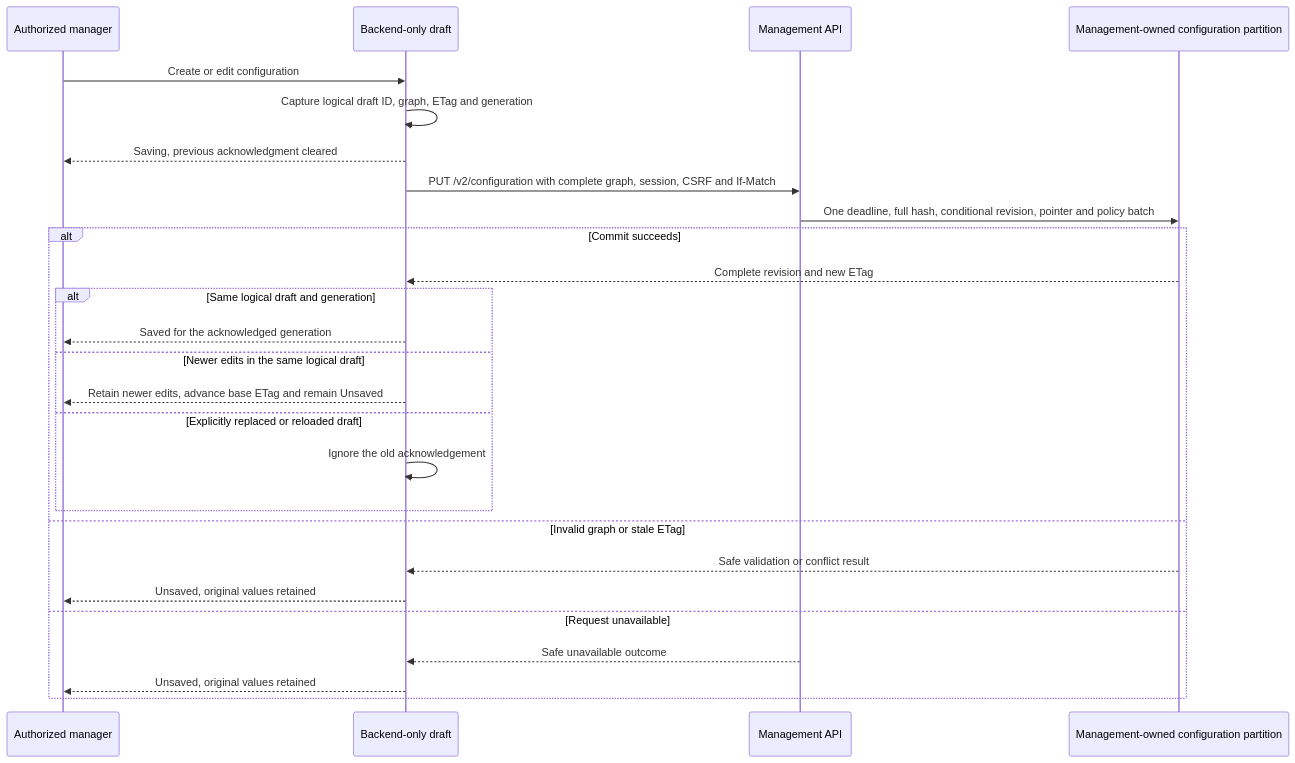
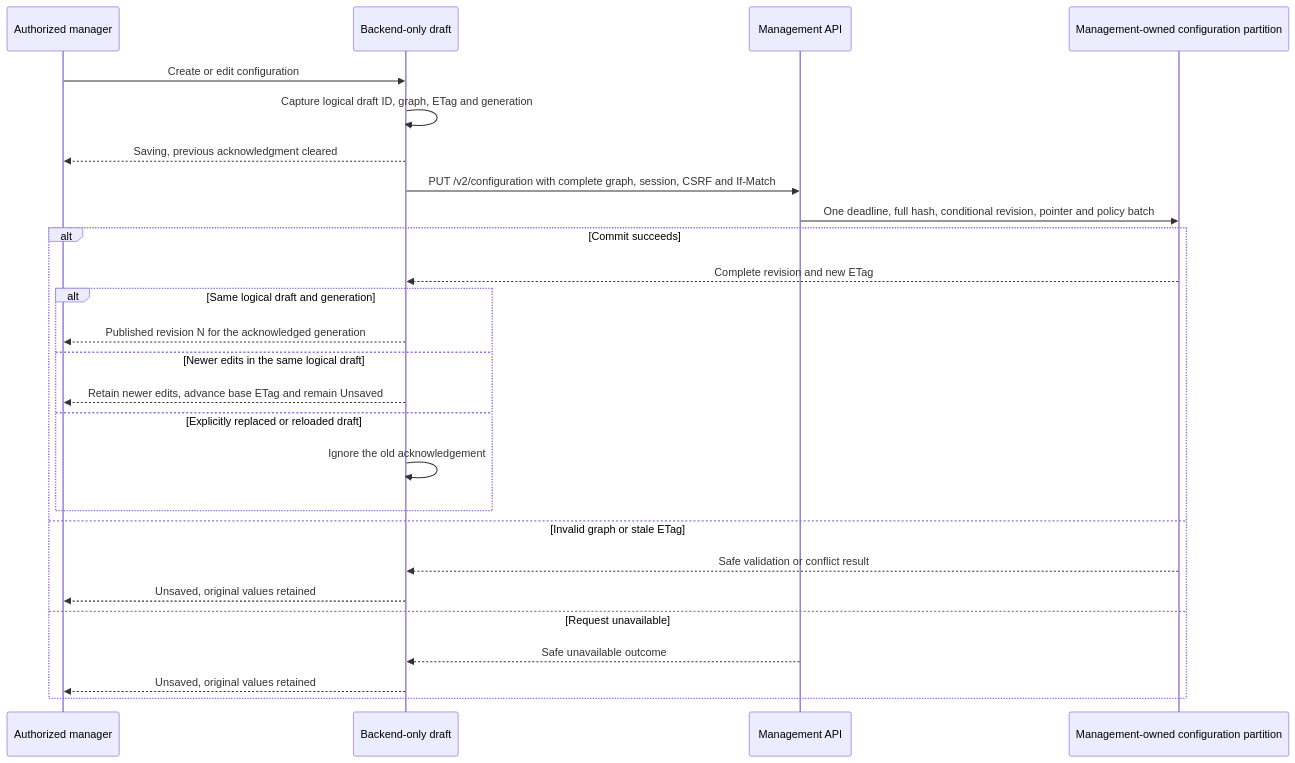
The second of 2 diagrams in docs/configuration-guide.md (marvinbuss/caller-ai), drawn with Mermaid before and after one commit. The commit also changed other lines of this file and 12 other files, not shown here.

````diff
--- a/docs/configuration-guide.md
+++ b/docs/configuration-guide.md
@@ -426,28 +428,28 @@
 ```mermaid
 sequenceDiagram
     participant Manager as Authorized manager
     participant Editor as Backend-only draft
     participant API as Management API
     participant Store as Management-owned configuration partition
     Manager->>Editor: Create or edit configuration
     Editor->>Editor: Capture logical draft ID, graph, ETag and generation
     Editor-->>Manager: Saving, previous acknowledgment cleared
     Editor->>API: PUT /v2/configuration with complete graph, session, CSRF and If-Match
     API->>Store: One deadline, full hash, conditional revision, pointer and policy batch
     alt Commit succeeds
         Store-->>Editor: Complete revision and new ETag
         alt Same logical draft and generation
-            Editor-->>Manager: Saved for the acknowledged generation
+            Editor-->>Manager: Published revision N for the acknowledged generation
         else Newer edits in the same logical draft
             Editor-->>Manager: Retain newer edits, advance base ETag and remain Unsaved
         else Explicitly replaced or reloaded draft
             Editor->>Editor: Ignore the old acknowledgement
         end
     else Invalid graph or stale ETag
         Store-->>Editor: Safe validation or conflict result
         Editor-->>Manager: Unsaved, original values retained
     else Request unavailable
         API-->>Editor: Safe unavailable outcome
         Editor-->>Manager: Unsaved, original values retained
     end
 ```
````
